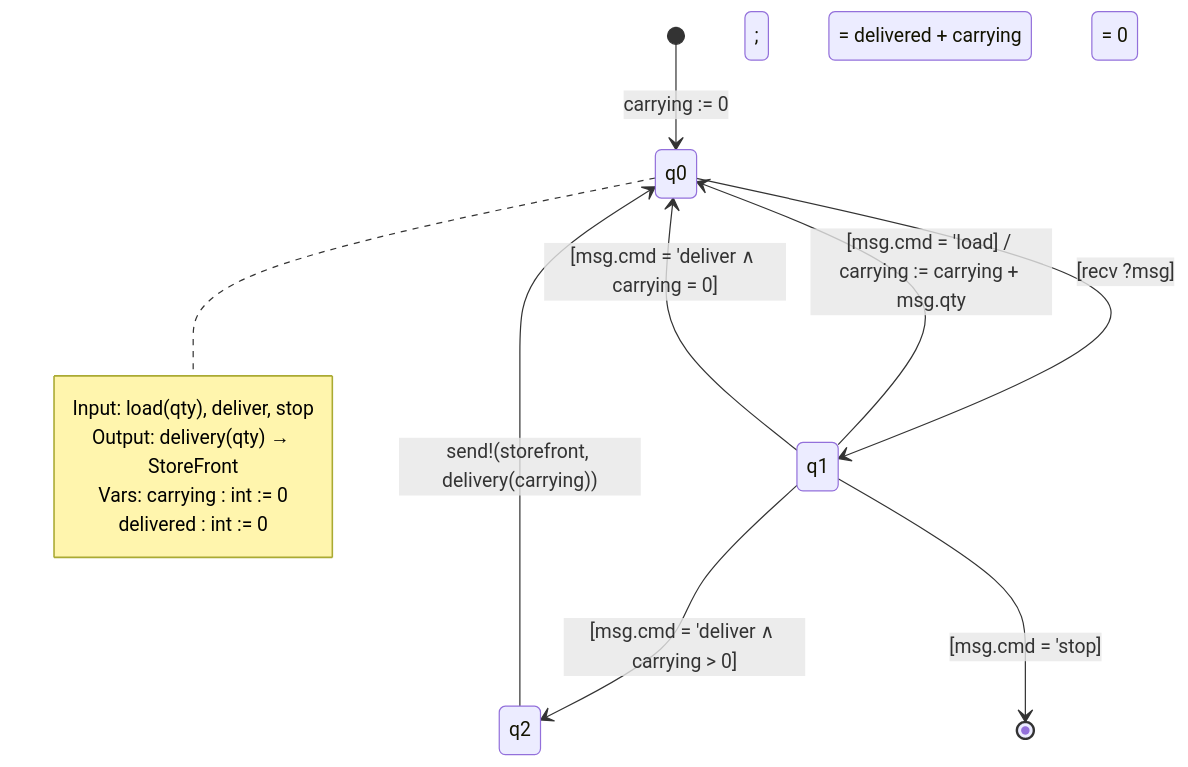
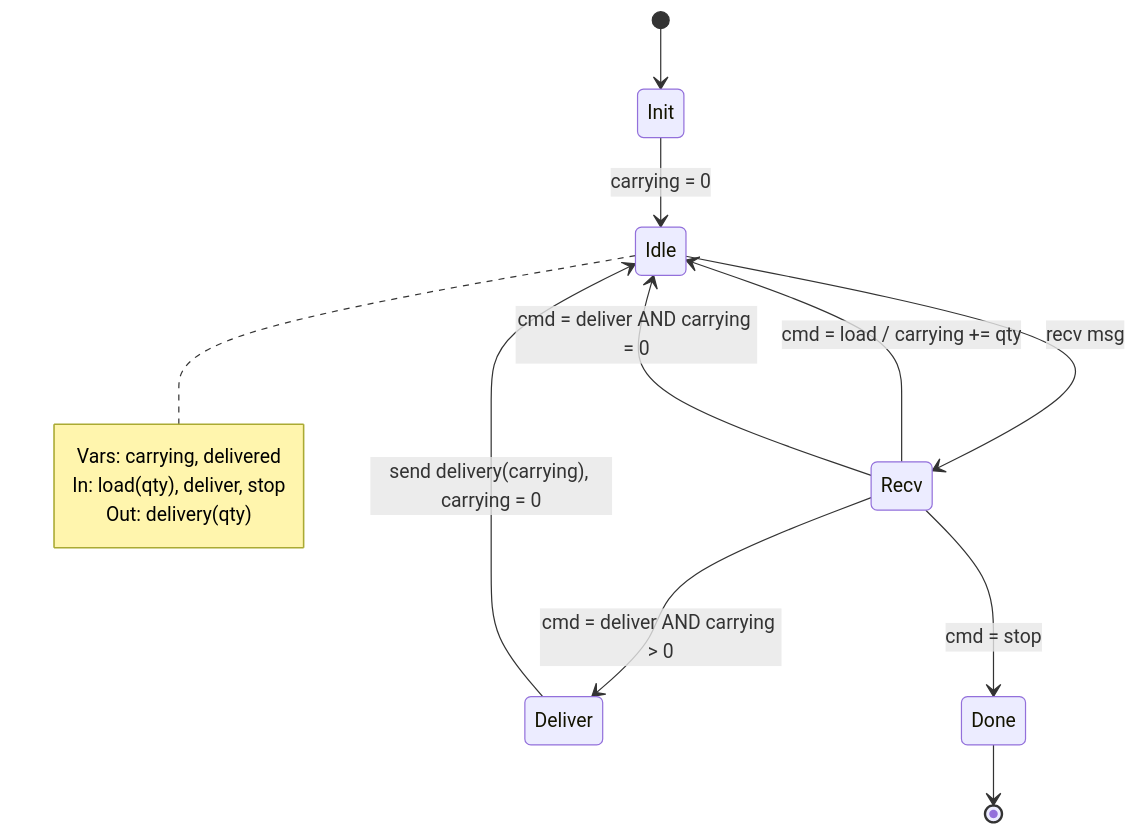
One commit to rfielding/philosopher changed the third of 8 diagrams in examples/breadco-efsm.md. Above: the diagram before and after it, drawn with Mermaid. The commit also changed other lines of this file and 1 other file, not shown here.

````diff
--- a/examples/breadco-efsm.md
+++ b/examples/breadco-efsm.md
@@ -52,18 +54,19 @@
 ```mermaid
 stateDiagram-v2
-    [*] --> q0: carrying := 0
+    [*] --> Init
+    Init --> Idle : carrying = 0
     
-    q0 --> q1: [recv ?msg]
-    q1 --> q0: [msg.cmd = 'load] / carrying := carrying + msg.qty
-    q1 --> q2: [msg.cmd = 'deliver ∧ carrying > 0]
-    q2 --> q0: send!(storefront, delivery(carrying)) ; delivered := delivered + carrying ; carrying := 0
-    q1 --> q0: [msg.cmd = 'deliver ∧ carrying = 0]
-    q1 --> [*]: [msg.cmd = 'stop]
+    Idle --> Recv : recv msg
+    Recv --> Idle : cmd = load / carrying += qty
+    Recv --> Deliver : cmd = deliver AND carrying > 0
+    Deliver --> Idle : send delivery(carrying), carrying = 0
+    Recv --> Idle : cmd = deliver AND carrying = 0
+    Recv --> Done : cmd = stop
+    Done --> [*]
     
-    note right of q0
-        Input: load(qty), deliver, stop
-        Output: delivery(qty) → StoreFront
-        Vars: carrying : int := 0
-              delivered : int := 0
+    note right of Idle
+        Vars: carrying, delivered
+        In: load(qty), deliver, stop
+        Out: delivery(qty)
     end note
 ```
````
